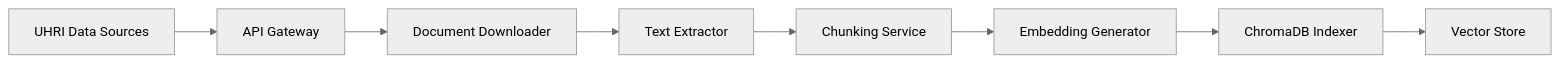
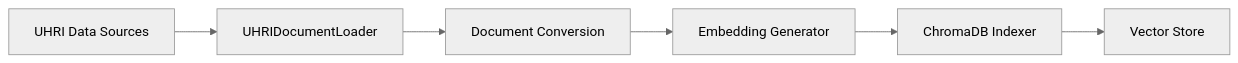
The second of 2 diagrams in docs/architecture/AI_ML.md (owezzy/HRAS), drawn with Mermaid (neutral theme) before and after one commit. The commit also changed other lines of this file and 19 other files, not shown here.

````diff
--- a/docs/architecture/AI_ML.md
+++ b/docs/architecture/AI_ML.md
@@ -172,10 +281,8 @@
 ```mermaid
 graph LR
-    A[UHRI Data Sources] --> B[API Gateway]
-    B --> C[Document Downloader]
-    C --> D[Text Extractor]
-    D --> E[Chunking Service]
-    E --> F[Embedding Generator]
-    F --> G[ChromaDB Indexer]
-    G --> H[Vector Store]
+    A[UHRI Data Sources] --> B[UHRIDocumentLoader]
+    B --> C[Document Conversion]
+    C --> D[Embedding Generator]
+    D --> E[ChromaDB Indexer]
+    E --> F[Vector Store]
 ```
````
